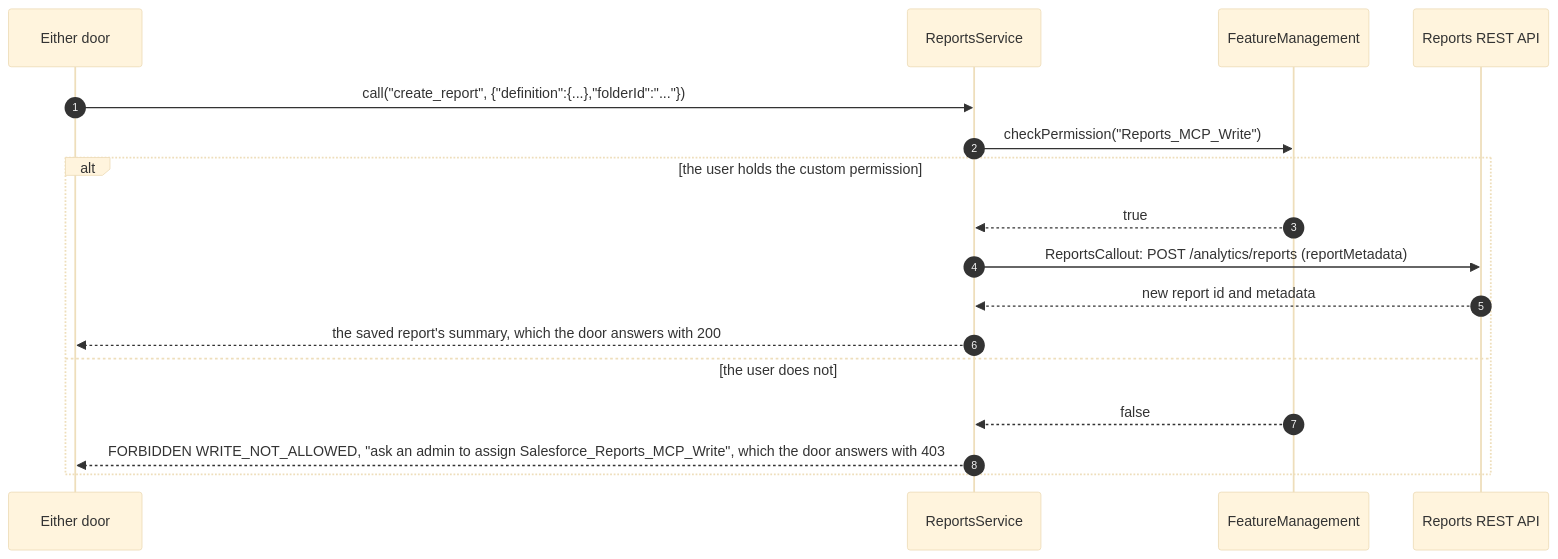
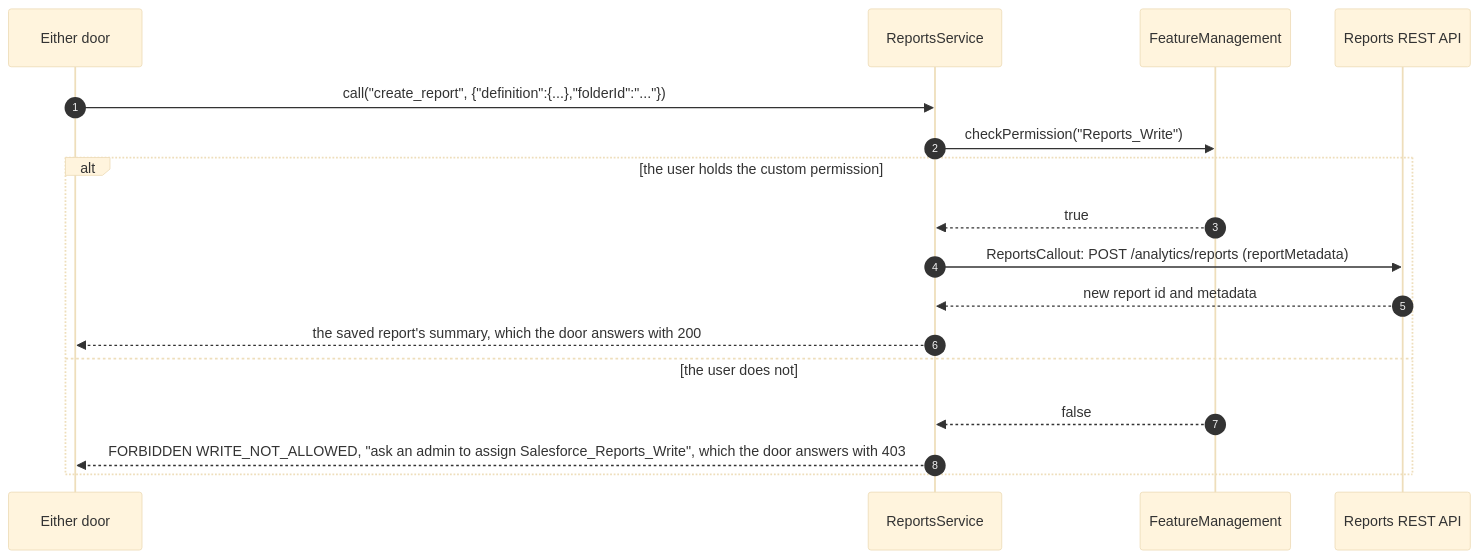
The fifth of 5 diagrams in docs/architecture.md (nelsben/salesforce-reports-mcp), drawn with Mermaid (base theme) before and after one commit. The commit also changed other lines of this file and 25 other files, not shown here.

First line of the commit message:
salesforce: name the permissions for the capability, not the door

````diff
--- a/docs/architecture.md
+++ b/docs/architecture.md
@@ -219,20 +219,20 @@
 ```mermaid
 sequenceDiagram
   autonumber
   participant D as Either door
   participant SVC as ReportsService
   participant FM as FeatureManagement
   participant RR as Reports REST API
 
   D->>SVC: call("create_report", {"definition":{...},"folderId":"..."})
-  SVC->>FM: checkPermission("Reports_MCP_Write")
+  SVC->>FM: checkPermission("Reports_Write")
   alt the user holds the custom permission
     FM-->>SVC: true
     SVC->>RR: ReportsCallout: POST /analytics/reports (reportMetadata)
     RR-->>SVC: new report id and metadata
     SVC-->>D: the saved report's summary, which the door answers with 200
   else the user does not
     FM-->>SVC: false
-    SVC-->>D: FORBIDDEN WRITE_NOT_ALLOWED, "ask an admin to assign Salesforce_Reports_MCP_Write", which the door answers with 403
+    SVC-->>D: FORBIDDEN WRITE_NOT_ALLOWED, "ask an admin to assign Salesforce_Reports_Write", which the door answers with 403
   end
 ```
````
